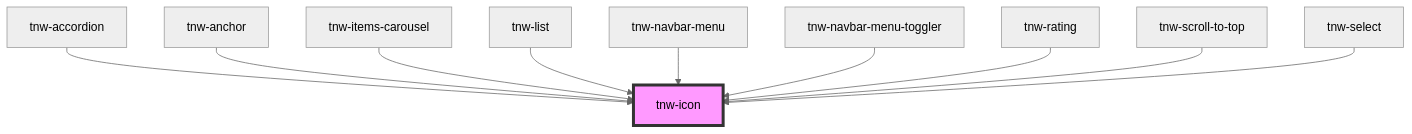
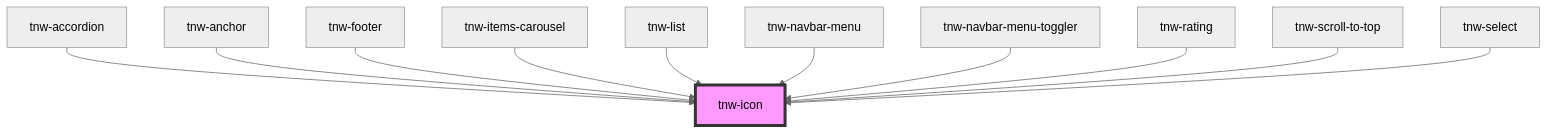
The diagram in packages/stencil-library/src/components/tnw-icon/readme.md (technway/technway-component-library), drawn with Mermaid (neutral theme) before and after one commit. The commit also changed other lines of this file and 18 other files, not shown here.

Commit message:
feat(components): improve tnw-footer and tnw-newsletter-form

````diff
--- a/packages/stencil-library/src/components/tnw-icon/readme.md
+++ b/packages/stencil-library/src/components/tnw-icon/readme.md
@@ -99,13 +100,14 @@
 ```mermaid
 graph TD;
   tnw-accordion --> tnw-icon
   tnw-anchor --> tnw-icon
+  tnw-footer --> tnw-icon
   tnw-items-carousel --> tnw-icon
   tnw-list --> tnw-icon
   tnw-navbar-menu --> tnw-icon
   tnw-navbar-menu-toggler --> tnw-icon
   tnw-rating --> tnw-icon
   tnw-scroll-to-top --> tnw-icon
   tnw-select --> tnw-icon
   style tnw-icon fill:#f9f,stroke:#333,stroke-width:4px
 ```
````
